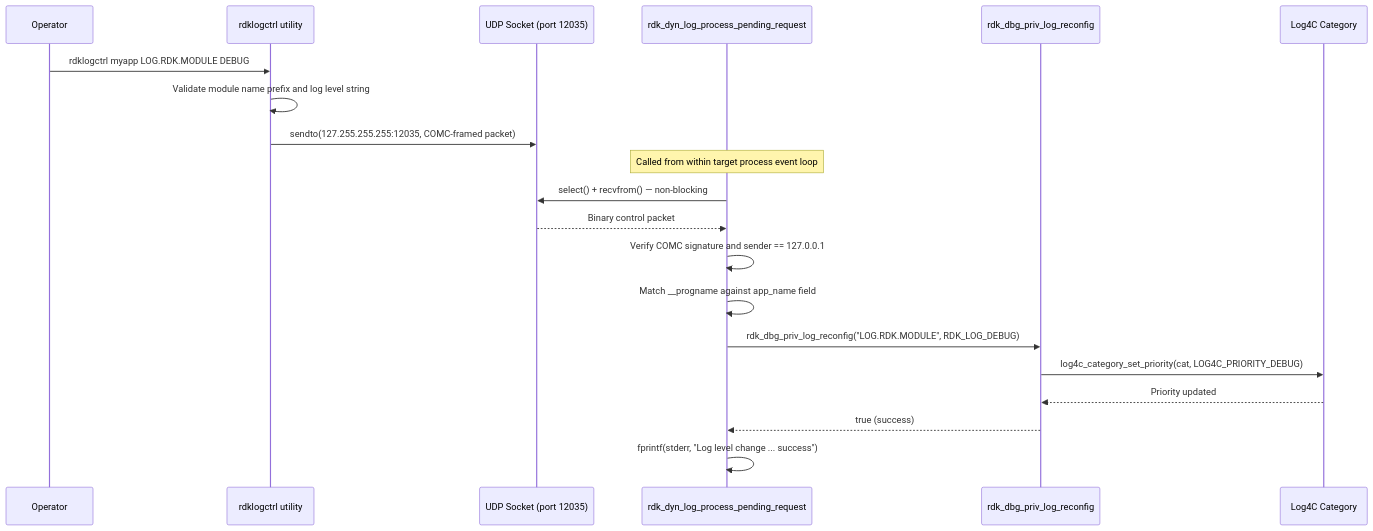
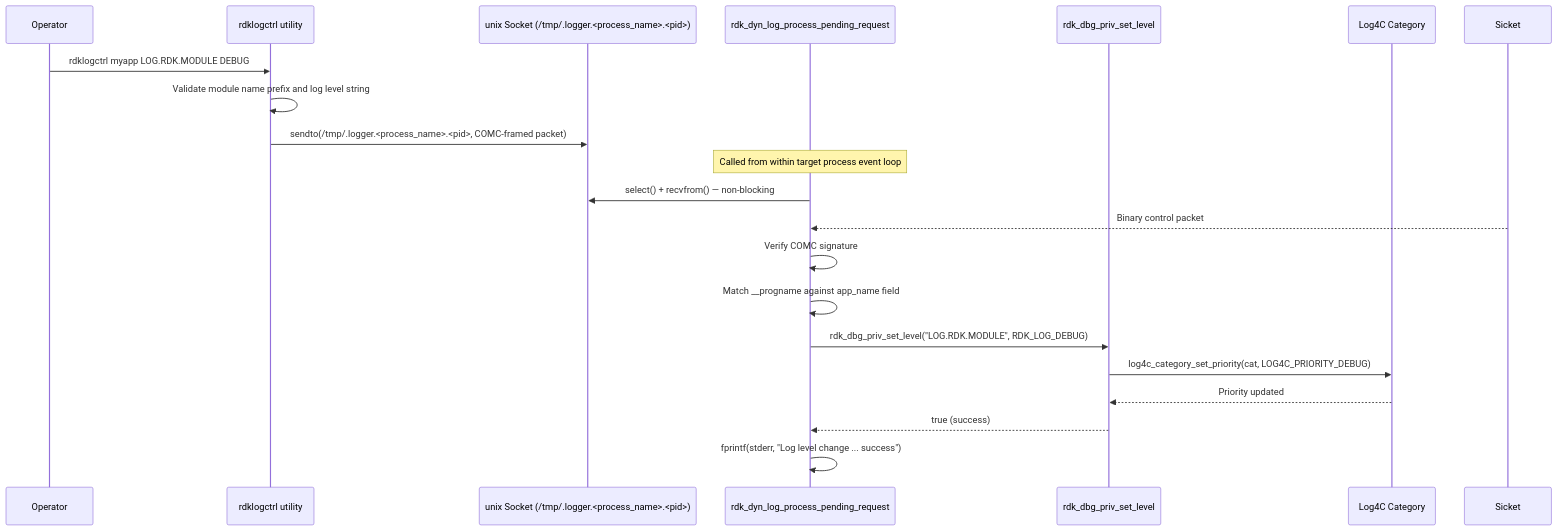
One commit to rdkcentral/rdk_logger changed the sixth of 8 diagrams in docs/README.md. Above: the diagram before and after it, drawn with Mermaid. The commit also changed other lines of this file and 9 other files, not shown here.

````diff
--- a/docs/README.md
+++ b/docs/README.md
@@ -271,23 +271,23 @@
 ```mermaid
 sequenceDiagram
     participant Admin as Operator
     participant Ctrl as rdklogctrl utility
-    participant UDP as UDP Socket (port 12035)
+    participant Socket as unix Socket (/tmp/.logger.<process_name>.<pid>)
     participant Listener as rdk_dyn_log_process_pending_request
-    participant Reconfig as rdk_dbg_priv_log_reconfig
+    participant Reconfig as rdk_dbg_priv_set_level
     participant Log4C as Log4C Category
 
     Admin->>Ctrl: rdklogctrl myapp LOG.RDK.MODULE DEBUG
     Ctrl->>Ctrl: Validate module name prefix and log level string
-    Ctrl->>UDP: sendto(127.255.255.255:12035, COMC-framed packet)
+    Ctrl->>Socket: sendto(/tmp/.logger.<process_name>.<pid>, COMC-framed packet)
     Note over Listener: Called from within target process event loop
-    Listener->>UDP: select() + recvfrom() — non-blocking
-    UDP-->>Listener: Binary control packet
-    Listener->>Listener: Verify COMC signature and sender == 127.0.0.1
+    Listener->>Socket: select() + recvfrom() — non-blocking
+    Sicket-->>Listener: Binary control packet
+    Listener->>Listener: Verify COMC signature
     Listener->>Listener: Match __progname against app_name field
-    Listener->>Reconfig: rdk_dbg_priv_log_reconfig("LOG.RDK.MODULE", RDK_LOG_DEBUG)
+    Listener->>Reconfig: rdk_dbg_priv_set_level("LOG.RDK.MODULE", RDK_LOG_DEBUG)
     Reconfig->>Log4C: log4c_category_set_priority(cat, LOG4C_PRIORITY_DEBUG)
     Log4C-->>Reconfig: Priority updated
     Reconfig-->>Listener: true (success)
     Listener->>Listener: fprintf(stderr, "Log level change ... success")
 ```
````
